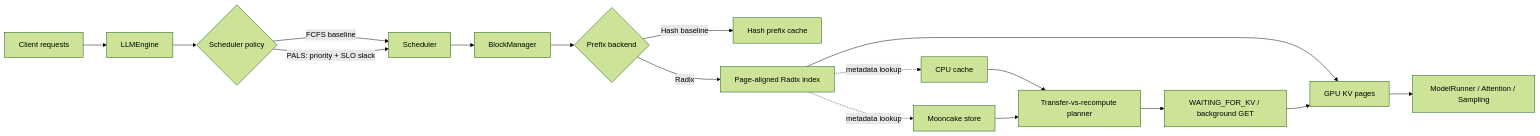
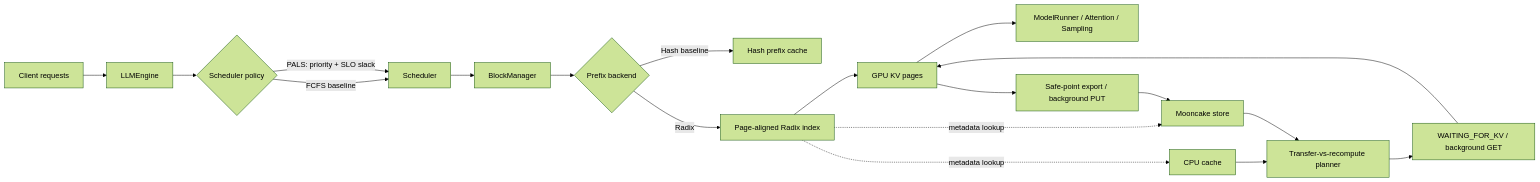
Before and after one commit to Xuhang0607/nano-vllm-qos: the diagram in README.md, drawn with Mermaid (forest theme). The commit also changed other lines of this file and 11 other files, not shown here.

````diff
--- a/README.md
+++ b/README.md
@@ -47,19 +49,21 @@
 ```mermaid
 flowchart LR
     A[Client requests] --> B[LLMEngine]
     B --> C{Scheduler policy}
     C -->|FCFS baseline| D[Scheduler]
     C -->|PALS: priority + SLO slack| D
     D --> E[BlockManager]
     E --> F{Prefix backend}
     F -->|Hash baseline| G[Hash prefix cache]
     F -->|Radix| H[Page-aligned Radix index]
     H --> I[GPU KV pages]
     H -. metadata lookup .-> J[CPU cache]
     H -. metadata lookup .-> K[Mooncake store]
     J --> L[Transfer-vs-recompute planner]
     K --> L
     L --> N[WAITING_FOR_KV / background GET]
     N --> I
     I --> M[ModelRunner / Attention / Sampling]
+    I --> O[Safe-point export / background PUT]
+    O --> K
 ```
````
